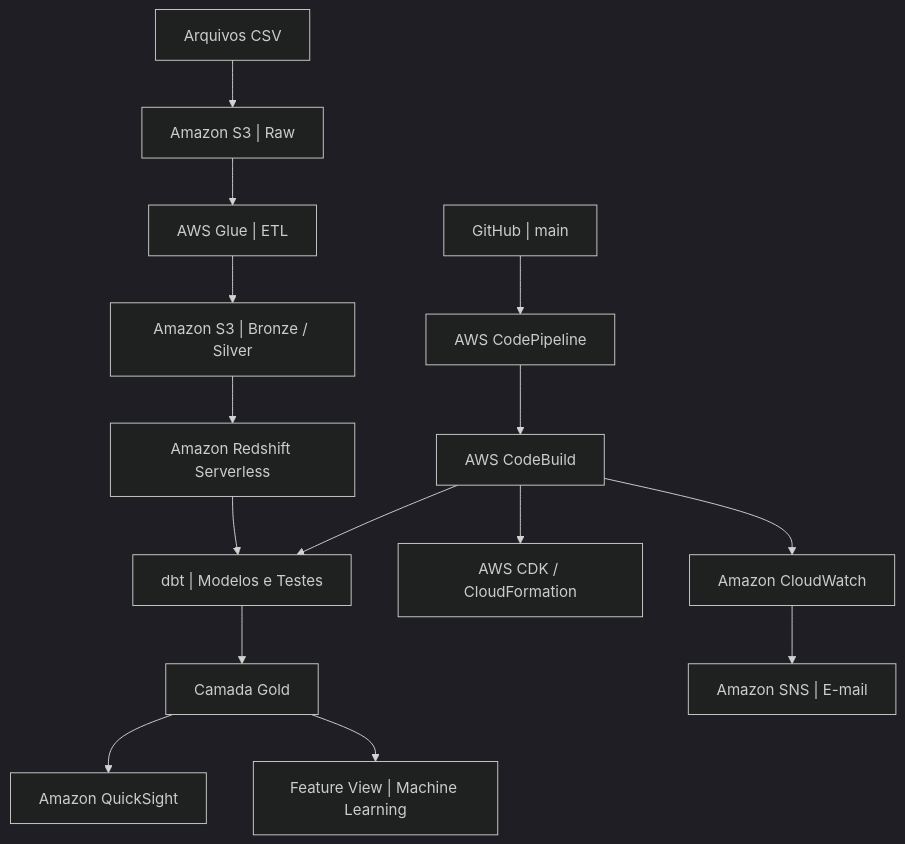
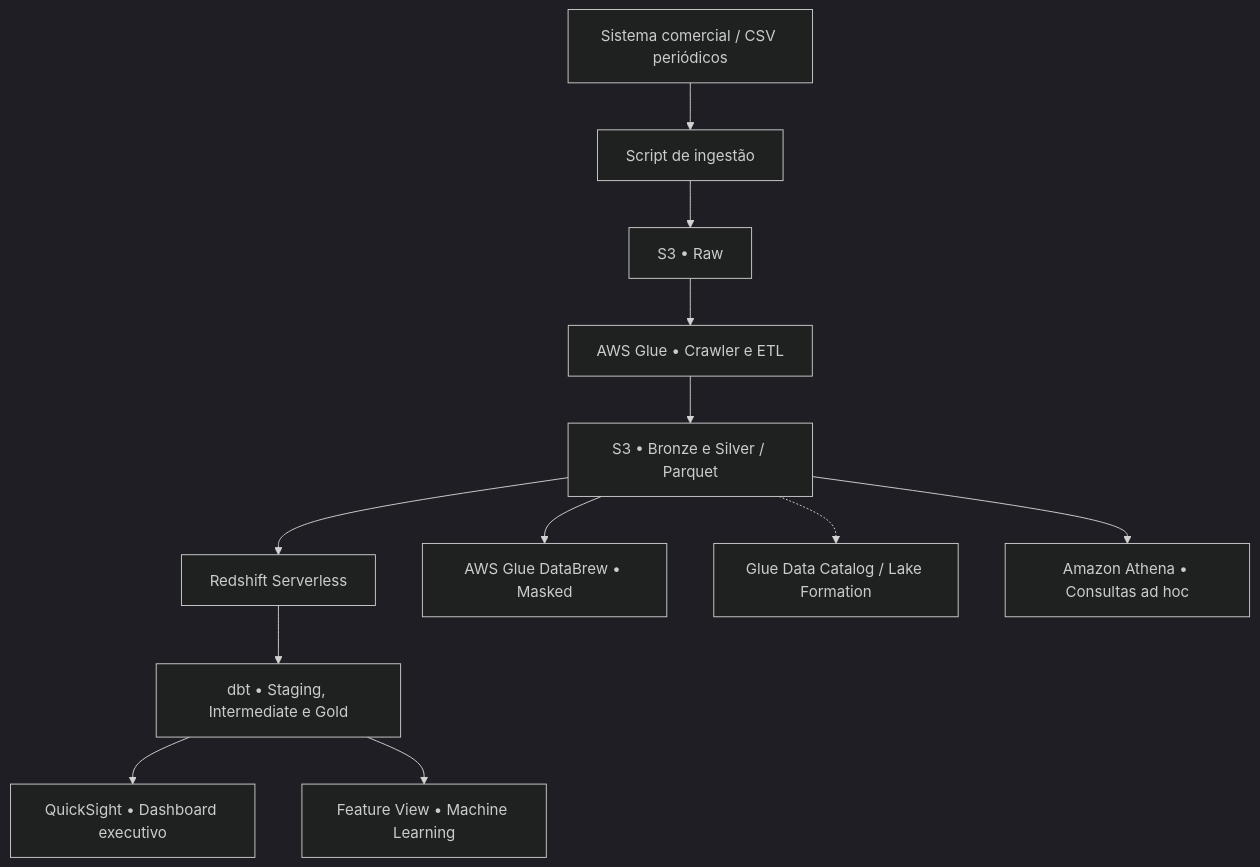
The first of 2 diagrams in README.md (Fobious/technova-enterprise-dataops), drawn with Mermaid (dark theme) before and after one commit. The commit also changed other lines of this file, not shown here.

````diff
--- a/README.md
+++ b/README.md
@@ -27,19 +51,14 @@
 ```mermaid
 flowchart TD
-    A["Arquivos CSV"] --> B["Amazon S3 | Raw"]
-    B --> C["AWS Glue | ETL"]
-    C --> D["Amazon S3 | Bronze / Silver"]
-    D --> E["Amazon Redshift Serverless"]
-    E --> F["dbt | Modelos e Testes"]
-    F --> G["Camada Gold"]
-    G --> H["Amazon QuickSight"]
-    G --> I["Feature View | Machine Learning"]
-
-    J["GitHub | main"] --> K["AWS CodePipeline"]
-    K --> L["AWS CodeBuild"]
-    L --> F
-    L --> M["AWS CDK / CloudFormation"]
-
-    L --> N["Amazon CloudWatch"]
-    N --> O["Amazon SNS | E-mail"]
+    A["Sistema comercial / CSV periódicos"] --> B["Script de ingestão"]
+    B --> C["S3 • Raw"]
+    C --> D["AWS Glue • Crawler e ETL"]
+    D --> E["S3 • Bronze e Silver / Parquet"]
+    E --> F["Redshift Serverless"]
+    F --> G["dbt • Staging, Intermediate e Gold"]
+    G --> H["QuickSight • Dashboard executivo"]
+    G --> I["Feature View • Machine Learning"]
+    E --> J["AWS Glue DataBrew • Masked"]
+    E -.-> K["Glue Data Catalog / Lake Formation"]
+    E --> L["Amazon Athena • Consultas ad hoc"]
 ```
````
